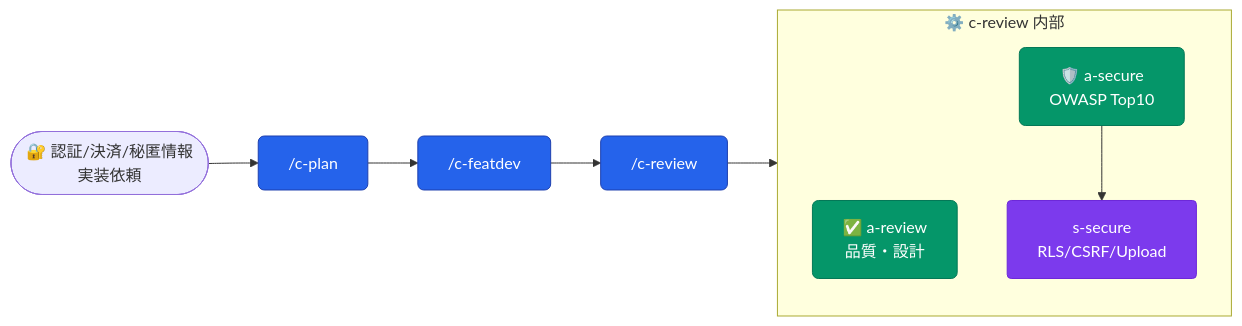
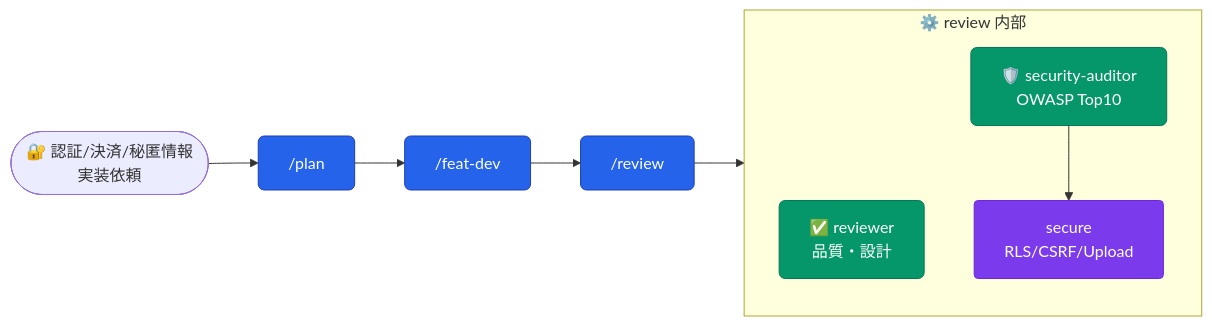
Before and after one commit to aokumablue/claq: the ninth of 12 diagrams in plugins/deepblue/README.md, drawn with Mermaid. The commit also changed other lines of this file and 125 other files, not shown here.

````diff
--- a/plugins/deepblue/README.md
+++ b/plugins/deepblue/README.md
@@ -231,19 +232,21 @@
 ```mermaid
 flowchart LR
   classDef cmd    fill:#2563eb,stroke:#1e40af,color:#fff,rx:6
   classDef agent  fill:#059669,stroke:#047857,color:#fff,rx:6
   classDef skill  fill:#7c3aed,stroke:#6d28d9,color:#fff,rx:4
 
-  U(["🔐 認証/決済/秘匿情報\n実装依頼"]) --> CP["/c-plan"]:::cmd
-  CP --> CF["/c-featdev"]:::cmd
-  CF --> CR["/c-review"]:::cmd
+  U(["🔐 認証/決済/秘匿情報\n実装依頼"]) --> CP["/plan"]:::cmd
+  CP --> CF["/feat-dev"]:::cmd
+  CF --> CR["/review"]:::cmd
 
-  subgraph review["⚙️ c-review 内部"]
+  subgraph review["⚙️ review 内部"]
     direction TB
-    AR["✅ a-review\n品質・設計"]:::agent
-    AS["🛡️ a-secure\nOWASP Top10"]:::agent
-    AS --> SS["s-secure\nRLS/CSRF/Upload"]:::skill
+    AR["✅ reviewer
+品質・設計"]:::agent
+    AS["🛡️ security-auditor
+OWASP Top10"]:::agent
+    AS --> SS["secure\nRLS/CSRF/Upload"]:::skill
   end
 
   CR --> review
 ```
````
